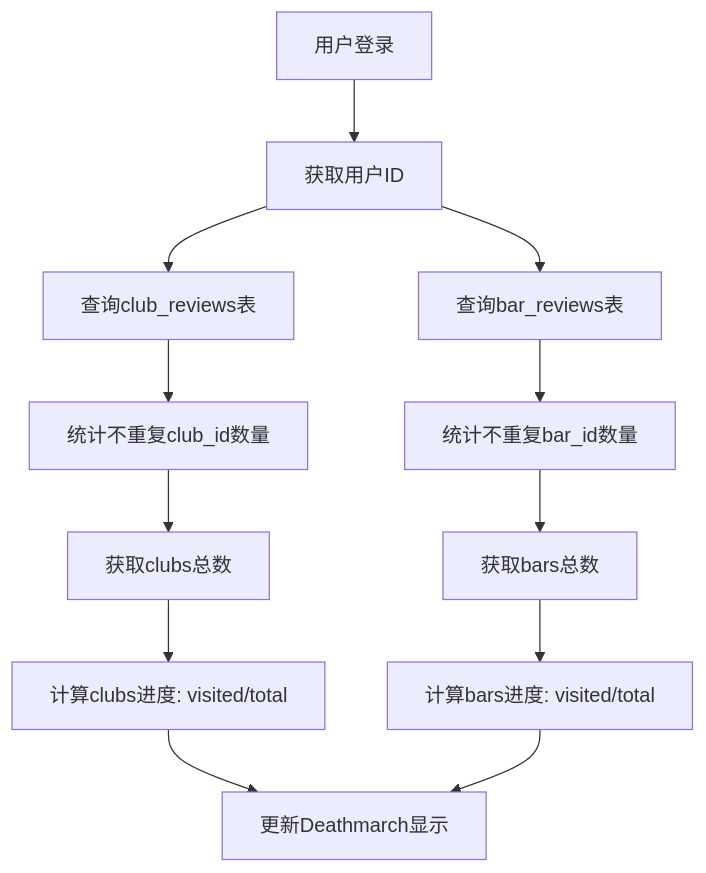
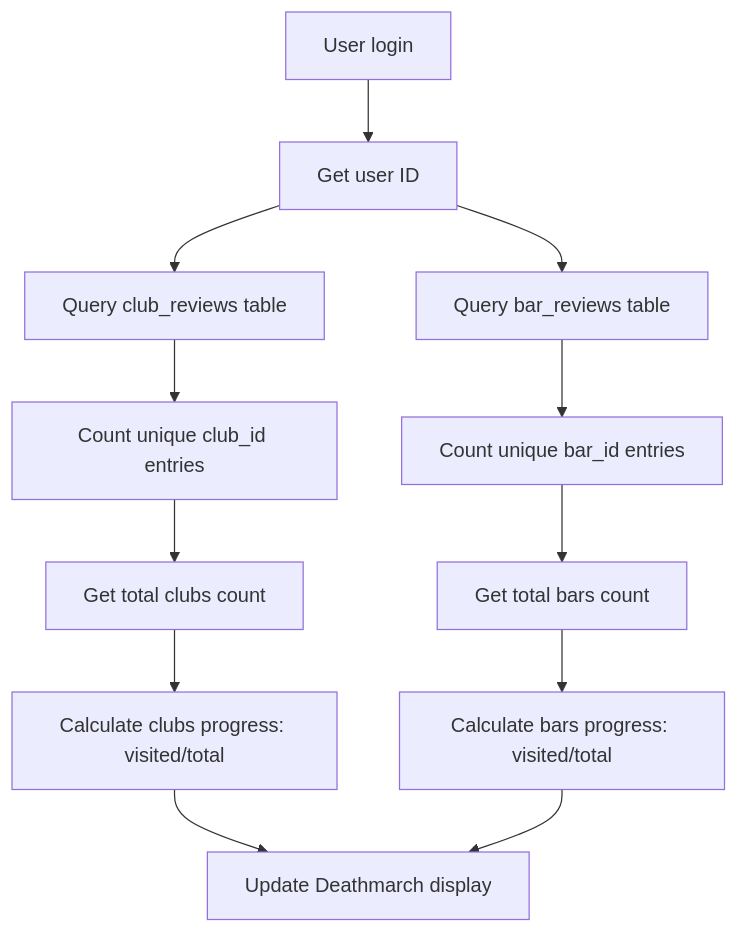
One commit to MarkLee11/RAVEN changed the third of 3 diagrams in README.md. Above: the diagram before and after it, drawn with Mermaid. The commit also changed other lines of this file, not shown here.

````diff
--- a/README.md
+++ b/README.md
@@ -677,14 +694,14 @@
 ```mermaid
 flowchart TD
-    A[用户登录] --> B[获取用户ID]
-    B --> C[查询club_reviews表]
-    B --> D[查询bar_reviews表]
-    C --> E[统计不重复club_id数量]
-    D --> F[统计不重复bar_id数量]
-    E --> G[获取clubs总数]
-    F --> H[获取bars总数]
-    G --> I[计算clubs进度: visited/total]
-    H --> J[计算bars进度: visited/total]
-    I --> K[更新Deathmarch显示]
+    A[User login] --> B[Get user ID]
+    B --> C[Query club_reviews table]
+    B --> D[Query bar_reviews table]
+    C --> E[Count unique club_id entries]
+    D --> F[Count unique bar_id entries]
+    E --> G[Get total clubs count]
+    F --> H[Get total bars count]
+    G --> I[Calculate clubs progress: visited/total]
+    H --> J[Calculate bars progress: visited/total]
+    I --> K[Update Deathmarch display]
     J --> K
 ```
````
